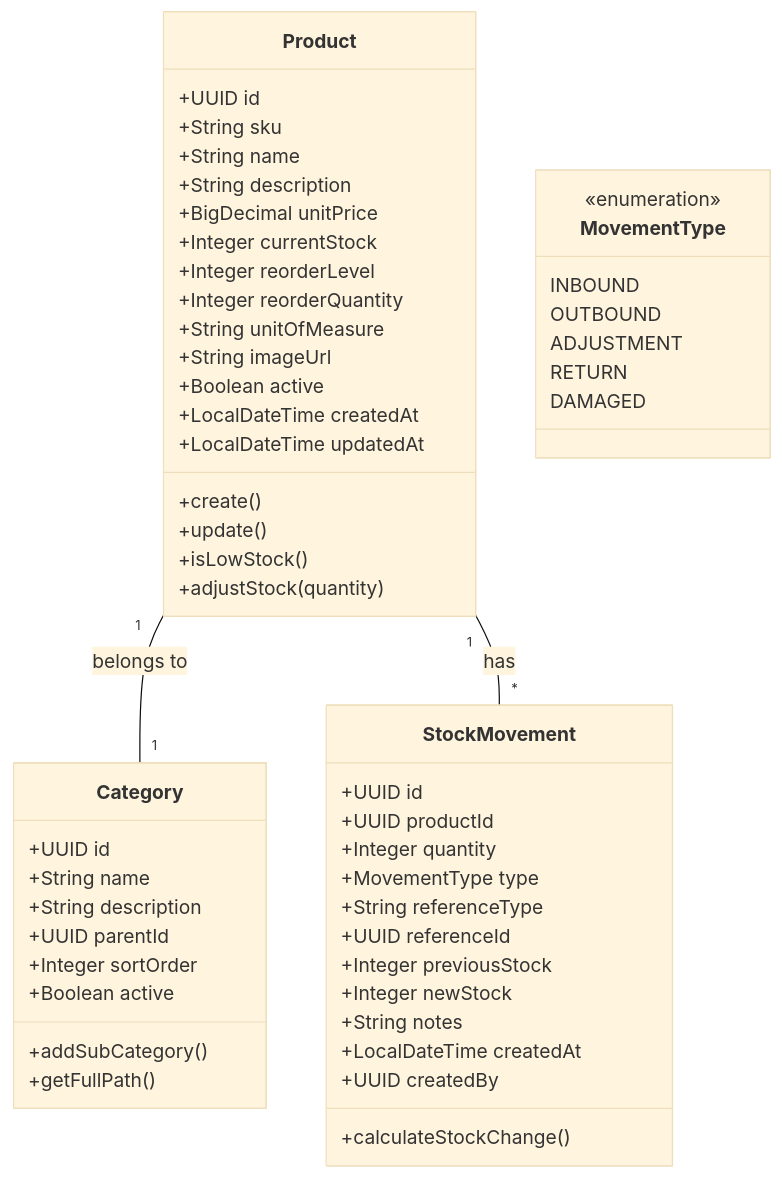
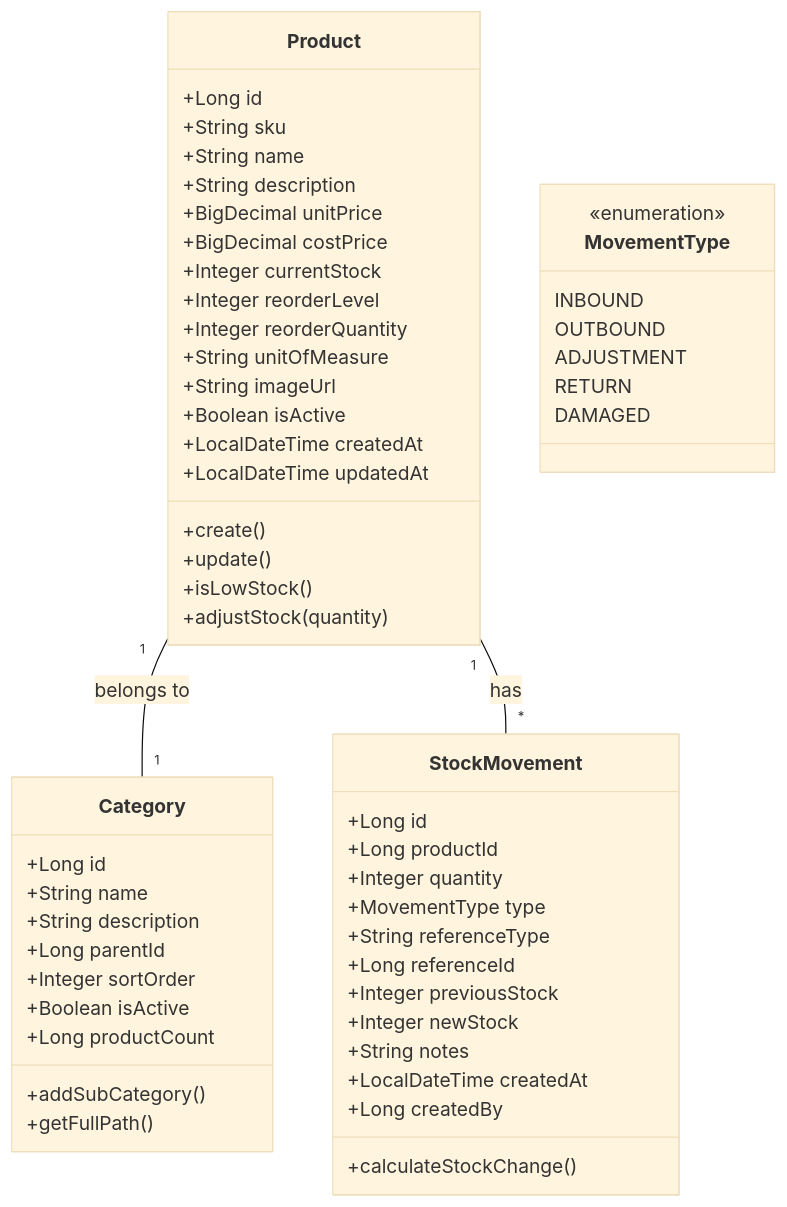
The diagram in architecture/diagrams/class/inventory.md (erp-system-313/docs), drawn with Mermaid (base theme) before and after one commit. The commit also changed 11 other files, not shown here.

````diff
--- a/architecture/diagrams/class/inventory.md
+++ b/architecture/diagrams/class/inventory.md
@@ -1,60 +1,62 @@
 ```mermaid
 classDiagram
     class Product {
-        +UUID id
+        +Long id
         +String sku
         +String name
         +String description
         +BigDecimal unitPrice
+        +BigDecimal costPrice
         +Integer currentStock
         +Integer reorderLevel
         +Integer reorderQuantity
         +String unitOfMeasure
         +String imageUrl
-        +Boolean active
+        +Boolean isActive
         +LocalDateTime createdAt
         +LocalDateTime updatedAt
         +create()
         +update()
         +isLowStock()
         +adjustStock(quantity)
     }
     
     class Category {
-        +UUID id
+        +Long id
         +String name
         +String description
-        +UUID parentId
+        +Long parentId
         +Integer sortOrder
-        +Boolean active
+        +Boolean isActive
+        +Long productCount
         +addSubCategory()
         +getFullPath()
     }
     
     class StockMovement {
-        +UUID id
-        +UUID productId
+        +Long id
+        +Long productId
         +Integer quantity
         +MovementType type
         +String referenceType
-        +UUID referenceId
+        +Long referenceId
         +Integer previousStock
         +Integer newStock
         +String notes
         +LocalDateTime createdAt
-        +UUID createdBy
+        +Long createdBy
         +calculateStockChange()
     }
     
     class MovementType {
         <<enumeration>>
         INBOUND
         OUTBOUND
         ADJUSTMENT
         RETURN
         DAMAGED
     }
     
     Product "1" -- "1" Category : belongs to
     Product "1" -- "*" StockMovement : has
 ```
````
